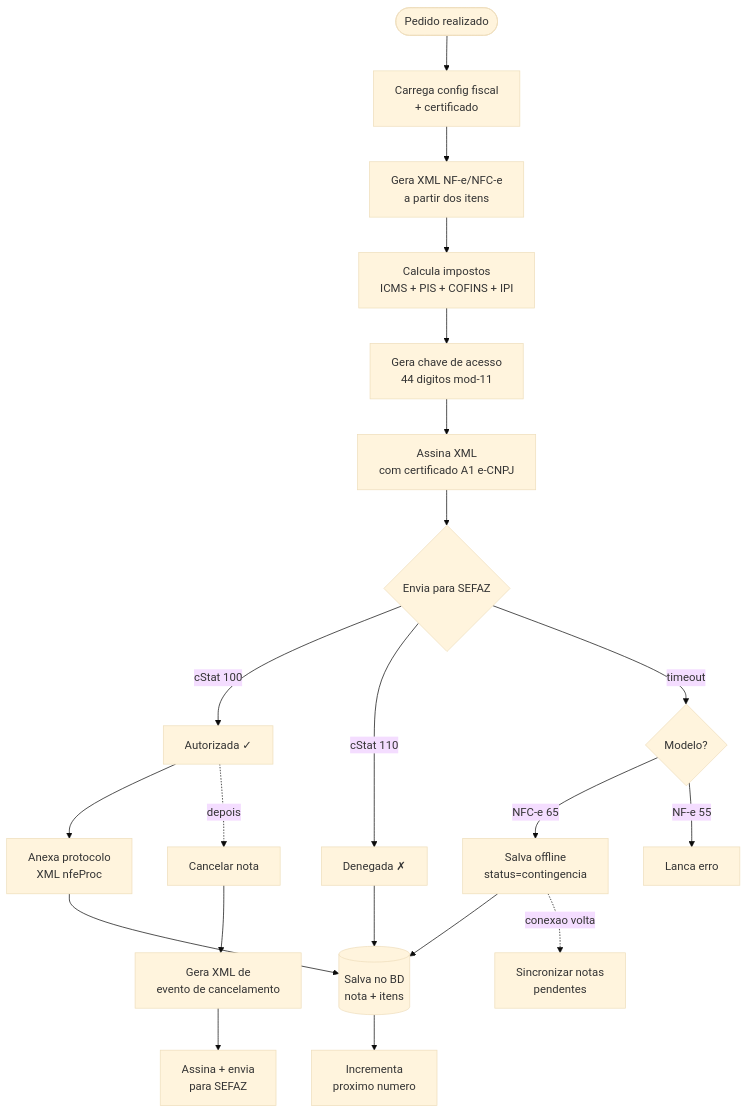
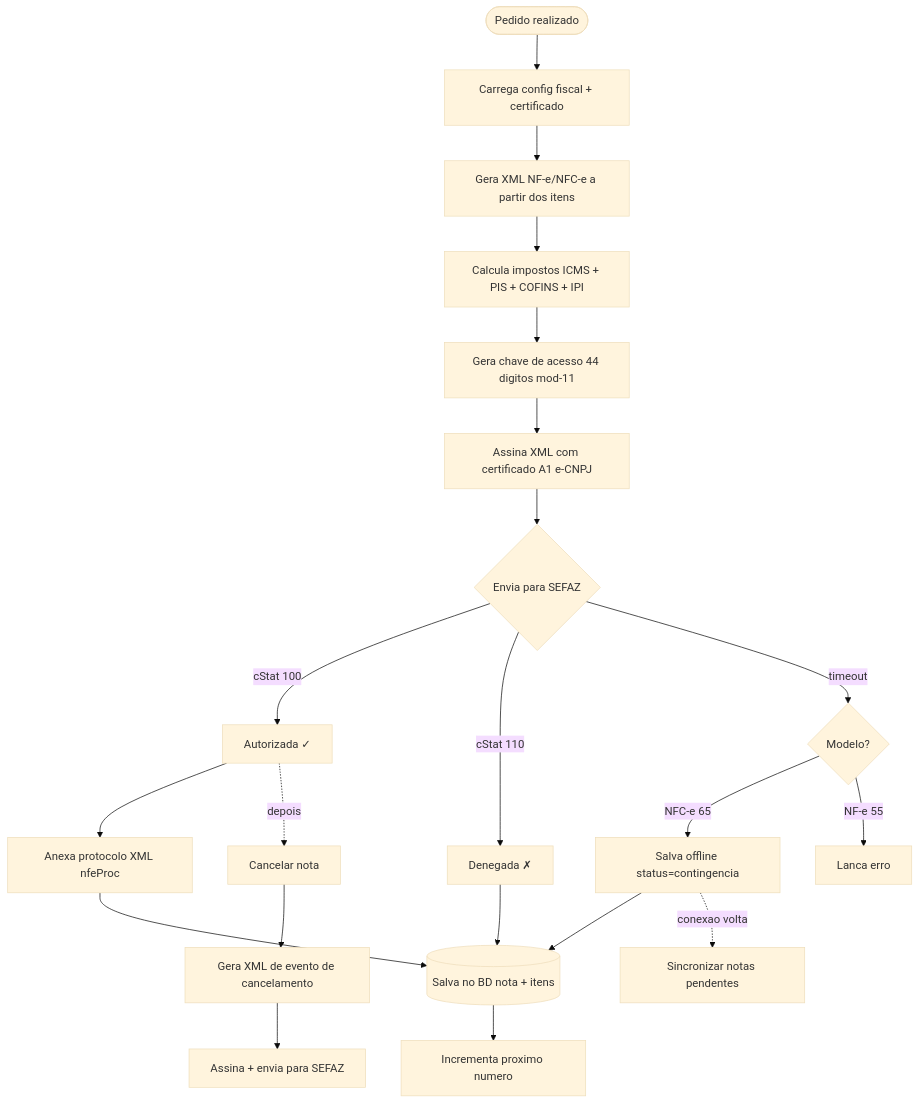
The second of 6 diagrams in README.ptBR.md (JoaoHenriqueBarbosa/FinOpenPOS), drawn with Mermaid (base theme) before and after one commit. The commit also changed other lines of this file and 4 other files, not shown here.

````diff
--- a/README.ptBR.md
+++ b/README.ptBR.md
@@ -179,29 +179,29 @@
 ```mermaid
 flowchart TD
-  Start([Pedido realizado]) --> LoadSettings[Carrega config fiscal\n+ certificado]
-  LoadSettings --> BuildXML[Gera XML NF-e/NFC-e\na partir dos itens]
-  BuildXML --> CalcTax[Calcula impostos\nICMS + PIS + COFINS + IPI]
-  CalcTax --> GenKey[Gera chave de acesso\n44 digitos mod-11]
-  GenKey --> Sign[Assina XML\ncom certificado A1 e-CNPJ]
+  Start([Pedido realizado]) --> LoadSettings[Carrega config fiscal + certificado]
+  LoadSettings --> BuildXML[Gera XML NF-e/NFC-e a partir dos itens]
+  BuildXML --> CalcTax[Calcula impostos ICMS + PIS + COFINS + IPI]
+  CalcTax --> GenKey[Gera chave de acesso 44 digitos mod-11]
+  GenKey --> Sign[Assina XML com certificado A1 e-CNPJ]
   Sign --> SendSEFAZ{Envia para SEFAZ}
 
   SendSEFAZ -->|cStat 100| Authorized[Autorizada ✓]
   SendSEFAZ -->|cStat 110| Denied[Denegada ✗]
   SendSEFAZ -->|timeout| Contingency{Modelo?}
 
-  Contingency -->|NFC-e 65| Offline[Salva offline\nstatus=contingencia]
+  Contingency -->|NFC-e 65| Offline[Salva offline status=contingencia]
   Contingency -->|NF-e 55| Error[Lanca erro]
 
-  Authorized --> AttachProto[Anexa protocolo\nXML nfeProc]
-  AttachProto --> SaveDB[(Salva no BD\nnota + itens)]
+  Authorized --> AttachProto[Anexa protocolo XML nfeProc]
+  AttachProto --> SaveDB[(Salva no BD nota + itens)]
   Offline --> SaveDB
   Denied --> SaveDB
 
-  SaveDB --> IncrNumber[Incrementa\nproximo numero]
+  SaveDB --> IncrNumber[Incrementa proximo numero]
 
   Authorized -.->|depois| Cancel[Cancelar nota]
-  Cancel --> EventXML[Gera XML de\nevento de cancelamento]
-  EventXML --> SignEvent[Assina + envia\npara SEFAZ]
+  Cancel --> EventXML[Gera XML de evento de cancelamento]
+  EventXML --> SignEvent[Assina + envia para SEFAZ]
 
-  Offline -.->|conexao volta| Sync[Sincronizar notas\npendentes]
+  Offline -.->|conexao volta| Sync[Sincronizar notas pendentes]
 ```
````
